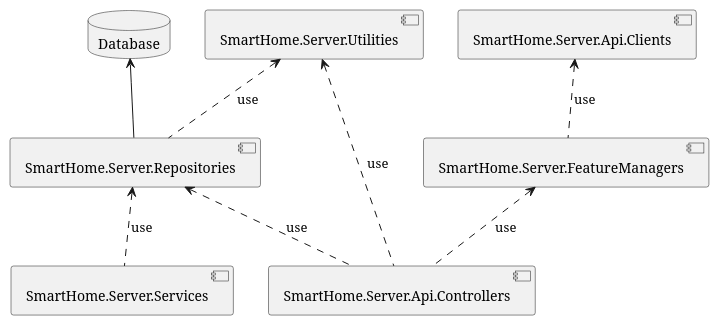
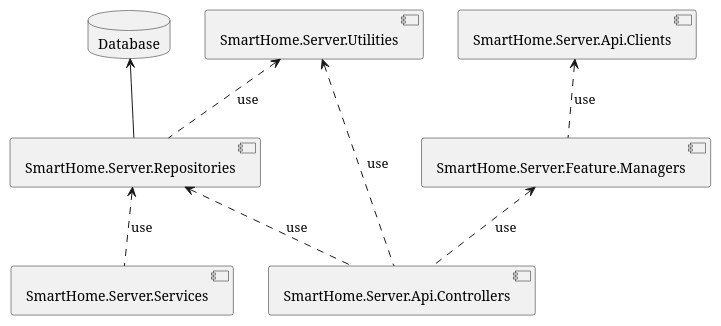
The diagram in doc/Server/uml/components.pu (JakubMiodunka/smart-home), drawn with PlantUML before and after one commit. The commit also changed 9 other files, not shown here.

Commit message:
[#40] Sepparating FeatureManagers module from monolith.

```diff
--- a/doc/Server/uml/components.pu
+++ b/doc/Server/uml/components.pu
@@ -1,20 +1,20 @@
 @startuml
 
 database Database
 
 component "SmartHome.Server.Utilities" as Utilities
 component "SmartHome.Server.Repositories" as Repositories
 component "SmartHome.Server.Services" as Services
-component "SmartHome.Server.FeatureManagers" as FeatureManagers
+component "SmartHome.Server.Feature.Managers" as FeatureManagers
 component "SmartHome.Server.Api.Clients" as ApiClients
 component "SmartHome.Server.Api.Controllers" as ApiControllers
 
 Database <-- Repositories
 Utilities <.. Repositories : use
 Repositories <.. Services : use
 ApiClients <.. FeatureManagers : use
 FeatureManagers <.. ApiControllers : use
 Repositories <.. ApiControllers : use
 Utilities <.. ApiControllers : use
 
 @enduml
```
